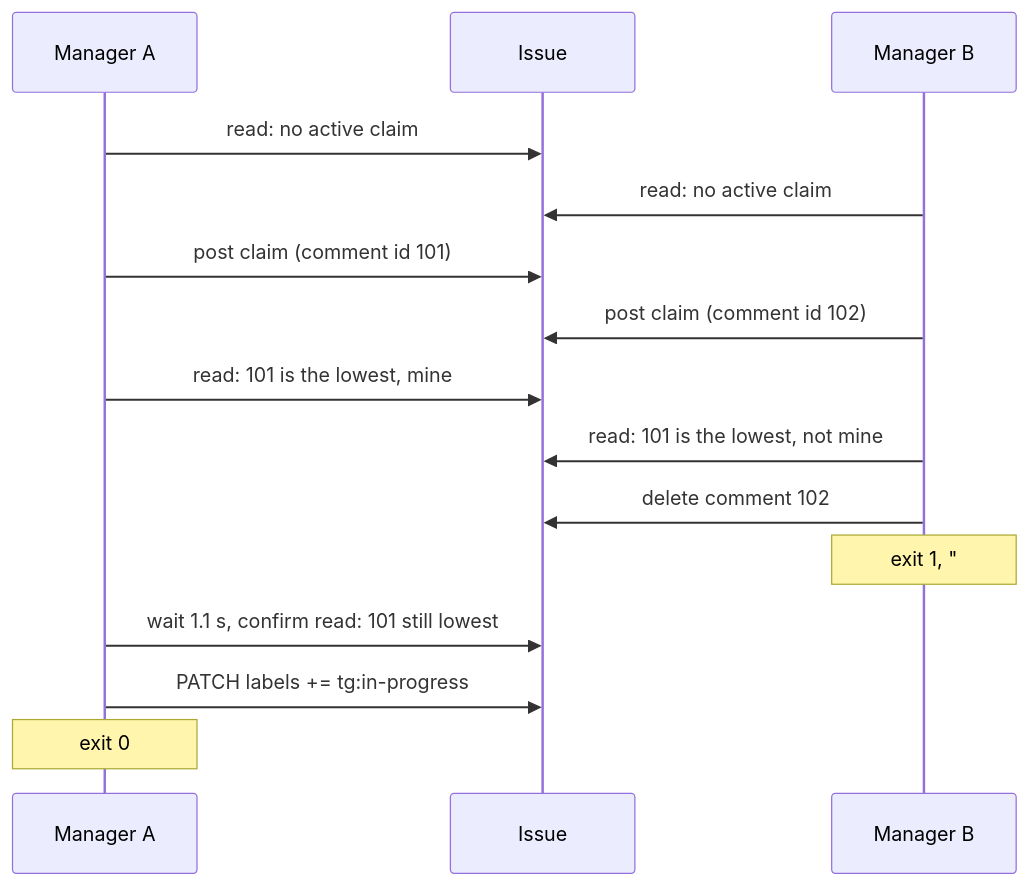
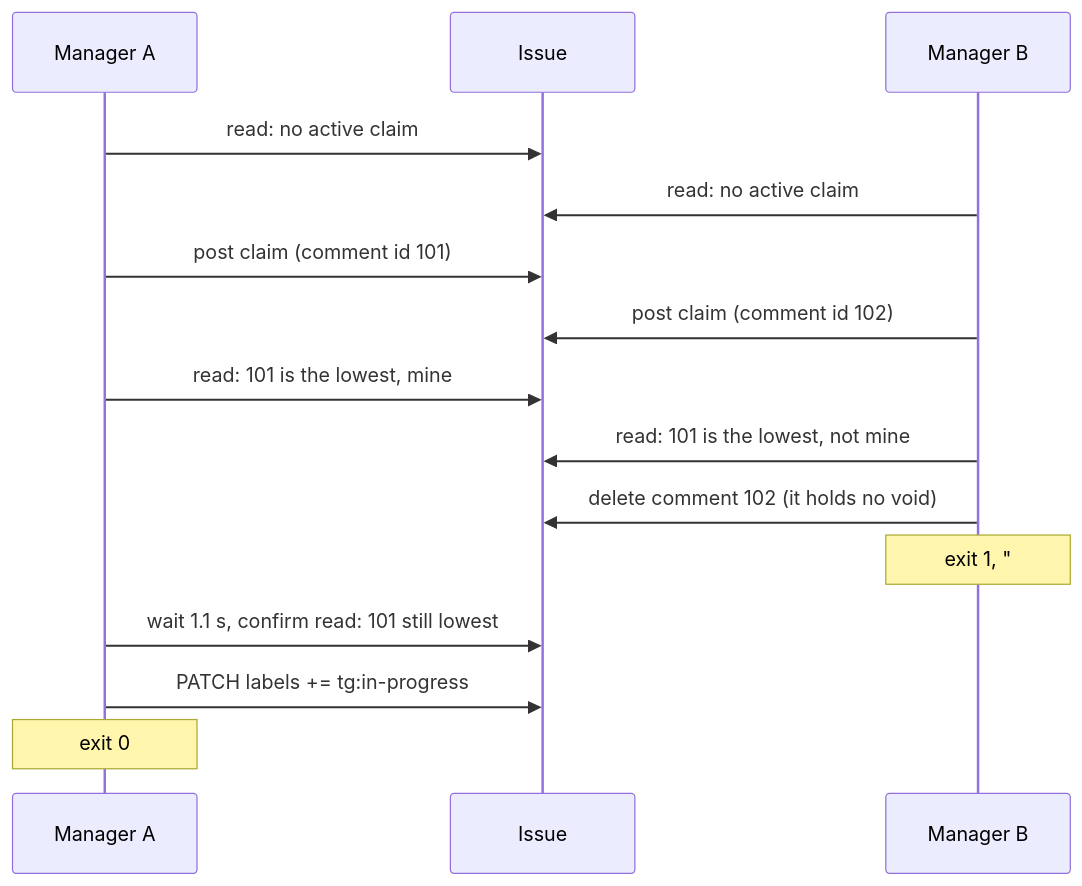
Before and after one commit to ronicayu/ronica-skills: the eighth of 11 diagrams in docs/plans/2026-11-08-taskgraph-github-backend-spec.md, drawn with Mermaid. The commit also changed other lines of this file and 13 other files, not shown here.

````diff
--- a/docs/plans/2026-11-08-taskgraph-github-backend-spec.md
+++ b/docs/plans/2026-11-08-taskgraph-github-backend-spec.md
@@ -532,17 +534,17 @@
 ```mermaid
 sequenceDiagram
   participant A as Manager A
   participant G as Issue #12 comments
   participant B as Manager B
   A->>G: read: no active claim
   B->>G: read: no active claim
   A->>G: post claim (comment id 101)
   B->>G: post claim (comment id 102)
   A->>G: read: 101 is the lowest, mine
   B->>G: read: 101 is the lowest, not mine
-  B->>G: delete comment 102
+  B->>G: delete comment 102 (it holds no void)
   Note over B: exit 1, "#12 is claimed by A"
   A->>G: wait 1.1 s, confirm read: 101 still lowest
   A->>G: PATCH labels += tg:in-progress
   Note over A: exit 0
 ```
````
